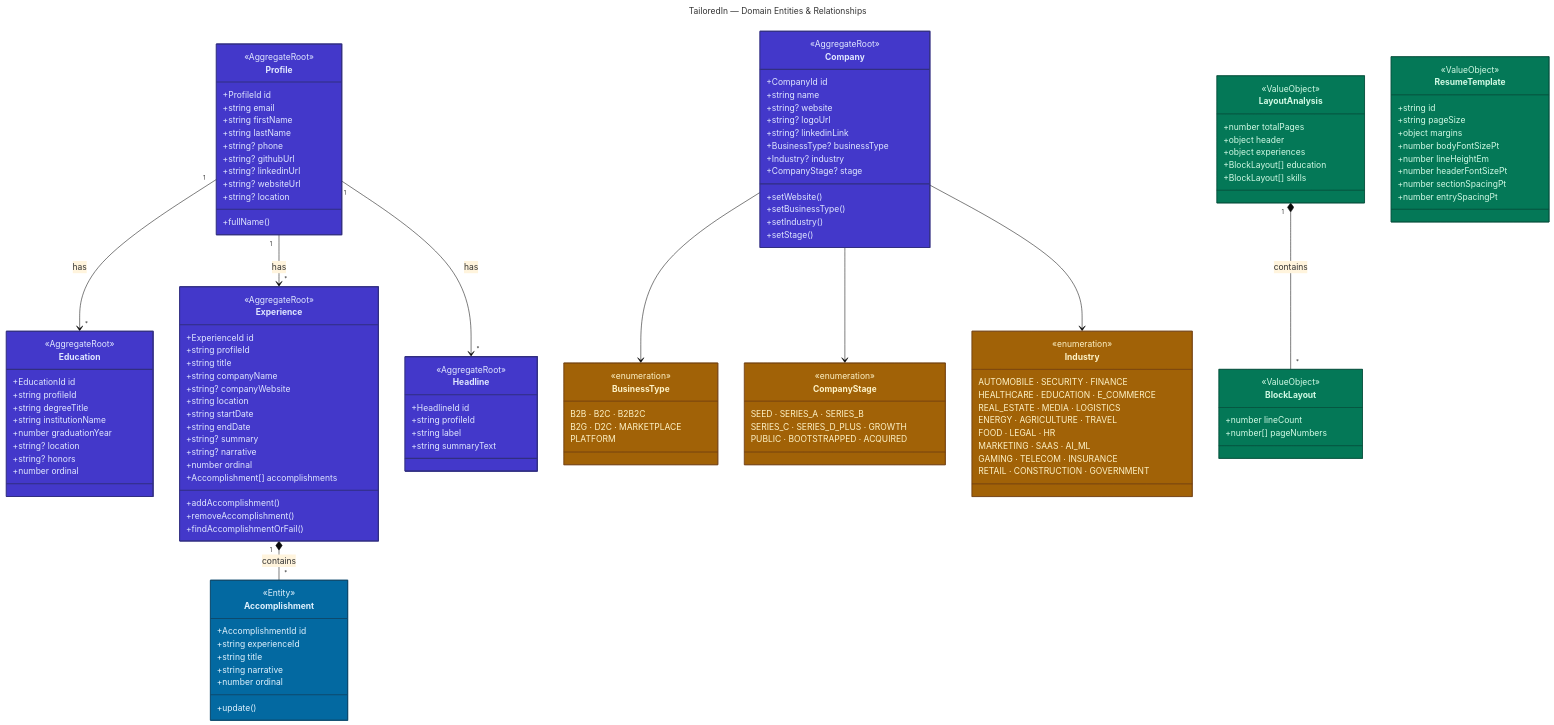
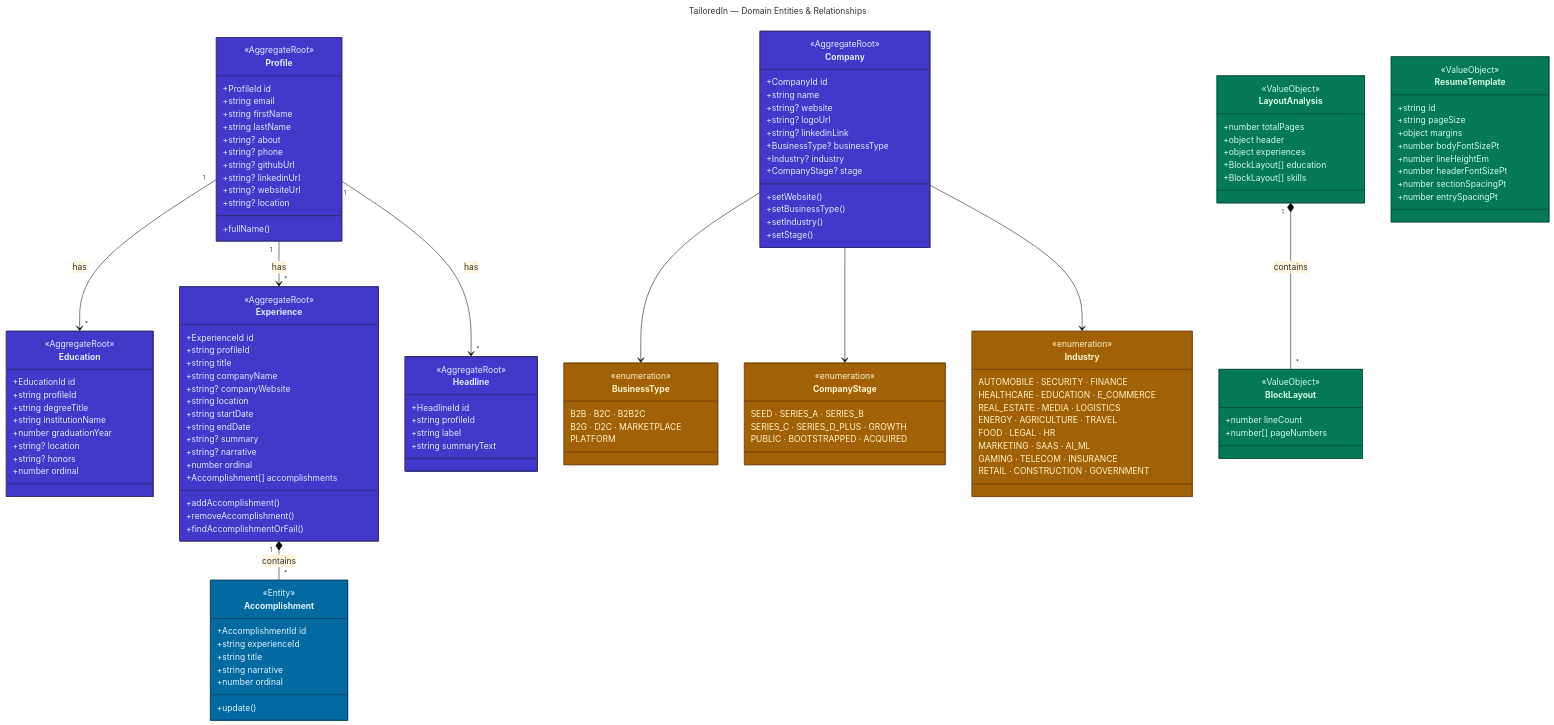
Before and after one commit to bluebird-labs/TailoredIn: the diagram in domain/DOMAIN.mmd, drawn with Mermaid (base theme). The commit also changed 13 other files, not shown here.

```diff
--- a/domain/DOMAIN.mmd
+++ b/domain/DOMAIN.mmd
@@ -1,178 +1,179 @@
 ---
 title: TailoredIn — Domain Entities & Relationships
 ---
 
 classDiagram
     direction TB
 
     %% ──────────────────────────────────────────────
     %%  Profile Subdomain
     %% ──────────────────────────────────────────────
 
     class Profile {
         <<AggregateRoot>>
         +ProfileId id
         +string email
         +string firstName
         +string lastName
+        +string? about
         +string? phone
         +string? githubUrl
         +string? linkedinUrl
         +string? websiteUrl
         +string? location
         +fullName()
     }
 
     class Accomplishment {
         <<Entity>>
         +AccomplishmentId id
         +string experienceId
         +string title
         +string narrative
         +number ordinal
         +update()
     }
 
     class Education {
         <<AggregateRoot>>
         +EducationId id
         +string profileId
         +string degreeTitle
         +string institutionName
         +number graduationYear
         +string? location
         +string? honors
         +number ordinal
     }
 
     class Experience {
         <<AggregateRoot>>
         +ExperienceId id
         +string profileId
         +string title
         +string companyName
         +string? companyWebsite
         +string location
         +string startDate
         +string endDate
         +string? summary
         +string? narrative
         +number ordinal
         +Accomplishment[] accomplishments
         +addAccomplishment()
         +removeAccomplishment()
         +findAccomplishmentOrFail()
     }
 
     class Headline {
         <<AggregateRoot>>
         +HeadlineId id
         +string profileId
         +string label
         +string summaryText
     }
 
     Profile "1" --> "*" Headline : has
     Profile "1" --> "*" Education : has
     Profile "1" --> "*" Experience : has
     Experience "1" *-- "*" Accomplishment : contains
 
     %% ──────────────────────────────────────────────
     %%  Company Subdomain
     %% ──────────────────────────────────────────────
 
     class Company {
         <<AggregateRoot>>
         +CompanyId id
         +string name
         +string? website
         +string? logoUrl
         +string? linkedinLink
         +BusinessType? businessType
         +Industry? industry
         +CompanyStage? stage
         +setWebsite()
         +setBusinessType()
         +setIndustry()
         +setStage()
     }
 
     class BusinessType {
         <<enumeration>>
         B2B · B2C · B2B2C
         B2G · D2C · MARKETPLACE
         PLATFORM
     }
 
     class CompanyStage {
         <<enumeration>>
         SEED · SERIES_A · SERIES_B
         SERIES_C · SERIES_D_PLUS · GROWTH
         PUBLIC · BOOTSTRAPPED · ACQUIRED
     }
 
     class Industry {
         <<enumeration>>
         AUTOMOBILE · SECURITY · FINANCE
         HEALTHCARE · EDUCATION · E_COMMERCE
         REAL_ESTATE · MEDIA · LOGISTICS
         ENERGY · AGRICULTURE · TRAVEL
         FOOD · LEGAL · HR
         MARKETING · SAAS · AI_ML
         GAMING · TELECOM · INSURANCE
         RETAIL · CONSTRUCTION · GOVERNMENT
     }
 
     Company --> BusinessType
     Company --> Industry
     Company --> CompanyStage
 
     %% ──────────────────────────────────────────────
     %%  Enums & Types
     %% ──────────────────────────────────────────────
 
     class BlockLayout {
         <<ValueObject>>
         +number lineCount
         +number[] pageNumbers
     }
 
     class LayoutAnalysis {
         <<ValueObject>>
         +number totalPages
         +object header
         +object experiences
         +BlockLayout[] education
         +BlockLayout[] skills
     }
 
     class ResumeTemplate {
         <<ValueObject>>
         +string id
         +string pageSize
         +object margins
         +number bodyFontSizePt
         +number lineHeightEm
         +number headerFontSizePt
         +number sectionSpacingPt
         +number entrySpacingPt
     }
 
     LayoutAnalysis "1" *-- "*" BlockLayout : contains
 
     %% ──────────────────────────────────────────────
     %%  Apply Styles
     %% ──────────────────────────────────────────────
 
     style Profile fill:#4338ca,stroke:#312e81,color:#e0e7ff,stroke-width:2px
     style Accomplishment fill:#0369a1,stroke:#0c4a6e,color:#e0f2fe,stroke-width:2px
     style Education fill:#4338ca,stroke:#312e81,color:#e0e7ff,stroke-width:2px
     style Experience fill:#4338ca,stroke:#312e81,color:#e0e7ff,stroke-width:2px
     style Headline fill:#4338ca,stroke:#312e81,color:#e0e7ff,stroke-width:2px
     style Company fill:#4338ca,stroke:#312e81,color:#e0e7ff,stroke-width:2px
     style BusinessType fill:#a16207,stroke:#713f12,color:#fef3c7,stroke-width:1px
     style CompanyStage fill:#a16207,stroke:#713f12,color:#fef3c7,stroke-width:1px
     style Industry fill:#a16207,stroke:#713f12,color:#fef3c7,stroke-width:1px
     style BlockLayout fill:#047857,stroke:#064e3b,color:#d1fae5,stroke-width:1px
     style LayoutAnalysis fill:#047857,stroke:#064e3b,color:#d1fae5,stroke-width:1px
     style ResumeTemplate fill:#047857,stroke:#064e3b,color:#d1fae5,stroke-width:1px
```
